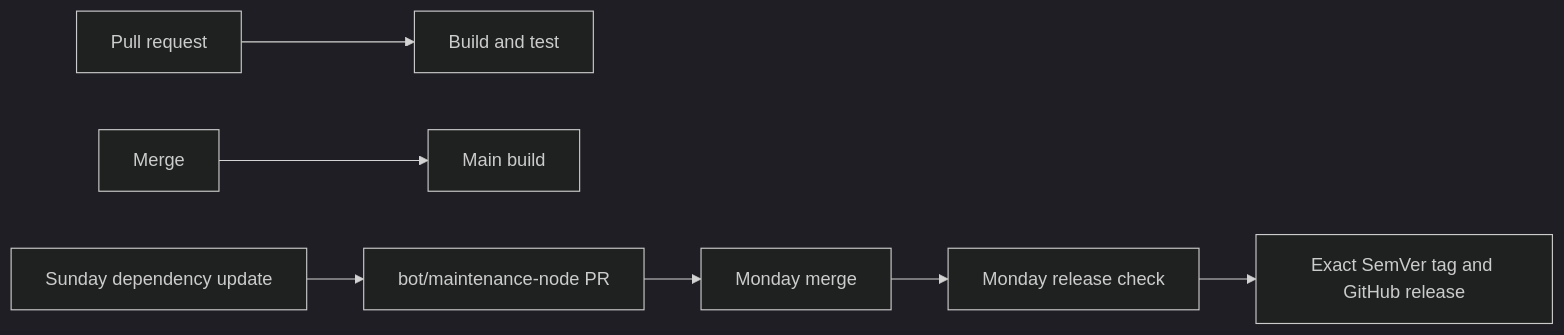
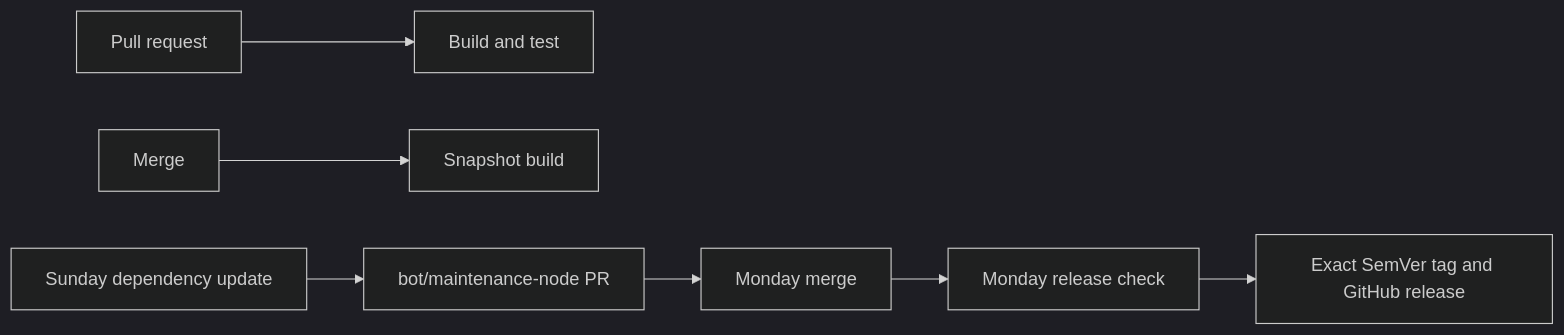
One commit to YunaBraska/YunaBraska changed the diagram in NODE_CI_CD.md. Above: the diagram before and after it, drawn with Mermaid (dark theme). The commit also changed other lines of this file and 9 other files, not shown here.

````diff
--- a/NODE_CI_CD.md
+++ b/NODE_CI_CD.md
@@ -7,9 +7,9 @@
 ```mermaid
 flowchart LR
   A[Pull request] --> B[Build and test]
-  C[Merge] --> D[Main build]
+  C[Merge] --> D[Snapshot build]
   E[Sunday dependency update] --> F[bot/maintenance-node PR]
   F --> G[Monday merge]
   G --> H[Monday release check]
   H --> I[Exact SemVer tag and GitHub release]
 ```
````
